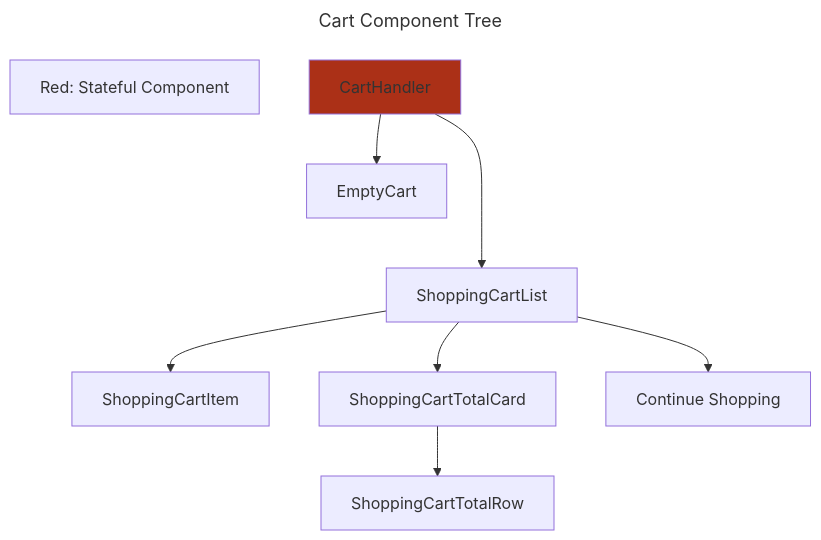
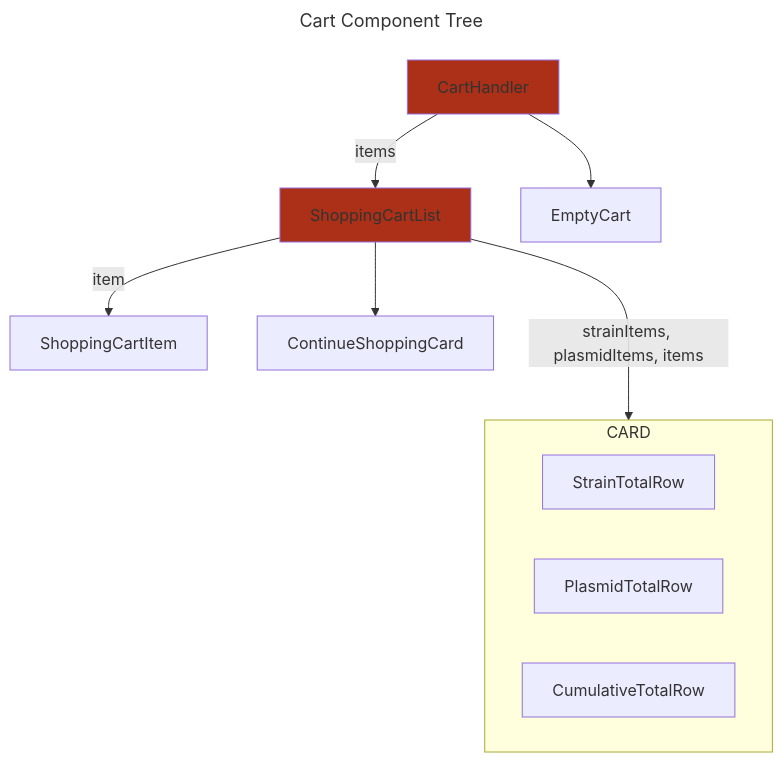
Before and after one commit to dictyBase/frontendx: the diagram in apps/stock-center/diagrams/ShoppingCartComponentTree.md, drawn with Mermaid.

Commit message:
refactor(ShoppingCartComponentTree.md): Update component names and structure in the shopping cart component tree diagram
The component names and structure in the shopping cart component tree diagram have been updated for clarity and consistency. The changes include:
- Renaming components: ShoppingCartTotalCard to StrainTotalRow, ShoppingCartTotalRow to PlasmidTotalRow, and Continue Shopping to CumulativeTotalRow.
- Adding a new component: ContinueShoppingCard.
- Updating the connections between components to reflect the changes in component names and structure.

````diff
--- a/apps/stock-center/diagrams/ShoppingCartComponentTree.md
+++ b/apps/stock-center/diagrams/ShoppingCartComponentTree.md
@@ -1,25 +1,29 @@
 ```mermaid
 ---
 title: Cart Component Tree
 ---
 
 flowchart TD
 
-LEGEND[Red: Stateful Component]
 A[CartHandler]
 B[ShoppingCartList]
 C[EmptyCart]
 D[ShoppingCartItem]
-E[ShoppingCartTotalCard]
-F[ShoppingCartTotalRow]
-G[Continue Shopping]
+E1[StrainTotalRow]
+E2[PlasmidTotalRow]
+E3[CumulativeTotalRow]
+F[ContinueShoppingCard]
 
-A ---> B
+A -- items --> B
 A --> C
-B --> D
-B --> E
-B --> G
-E --> F
+B ---> |strainItems, plasmidItems, items| CARD
+B -- item --> D
+B --> F
+subgraph CARD
+    E1
+    E2
+    E3
+  end
 classDef state fill:#ab3017
-class A state
+class A,B state
 ```
````
